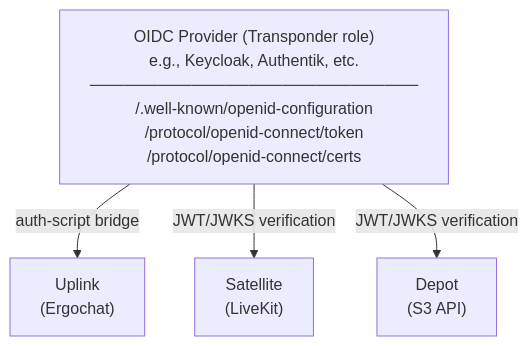
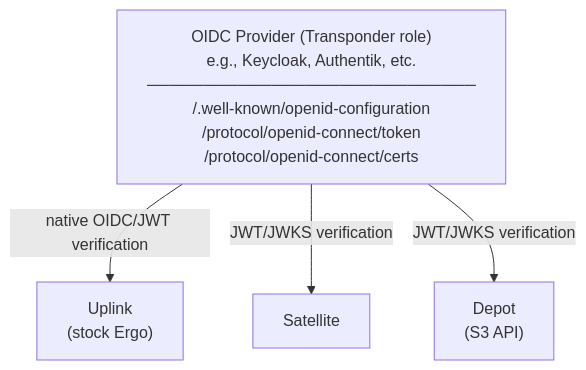
Before and after one commit to hivecom/orbit-spec: the first of 5 diagrams in spec/02-components/04-transponder.md, drawn with Mermaid. The commit also changed other lines of this file and 22 other files, not shown here.

````diff
--- a/spec/02-components/04-transponder.md
+++ b/spec/02-components/04-transponder.md
@@ -21,8 +23,8 @@
 ```mermaid
 flowchart TB
     IDP["OIDC Provider (Transponder role)\ne.g., Keycloak, Authentik, etc.\n─────────────────────────────\n/.well-known/openid-configuration\n/protocol/openid-connect/token\n/protocol/openid-connect/certs"]
 
-    IDP -->|auth-script bridge| GC["Uplink\n(Ergochat)"]
-    IDP -->|JWT/JWKS verification| SAT["Satellite\n(LiveKit)"]
+    IDP -->|native OIDC/JWT verification| GC["Uplink\n(stock Ergo)"]
+    IDP -->|JWT/JWKS verification| SAT["Satellite"]
     IDP -->|JWT/JWKS verification| DEPOT["Depot\n(S3 API)"]
 ```
````
